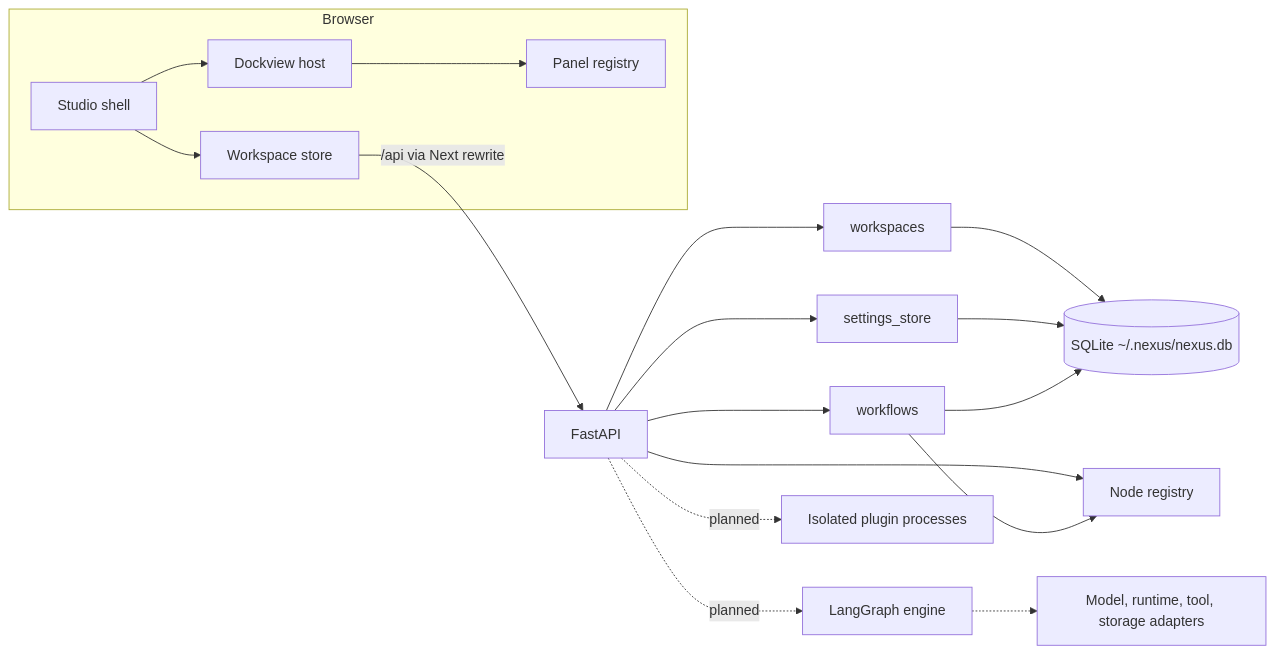
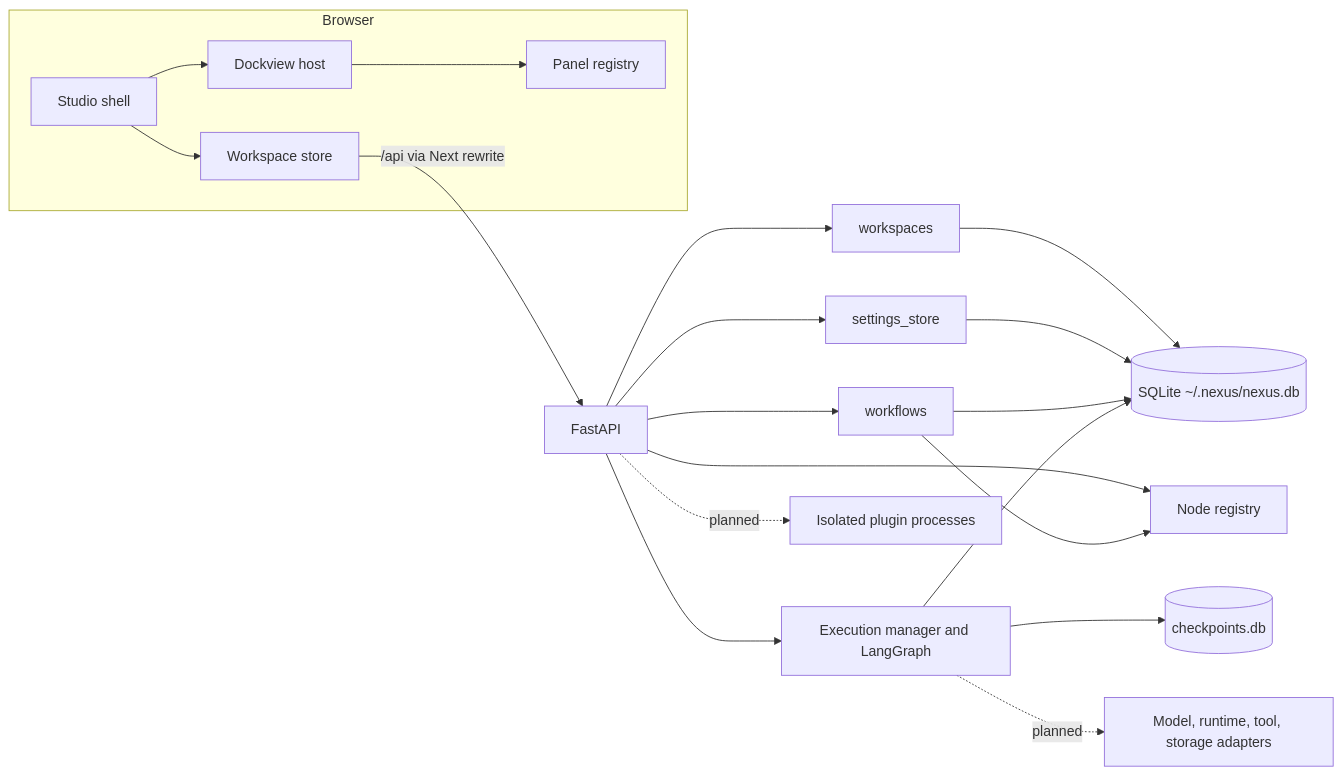
One commit to AntonFrDe/Nexus-Ai changed the diagram in docs/ARCHITECTURE.md. Above: the diagram before and after it, drawn with Mermaid. The commit also changed other lines of this file and 48 other files, not shown here.

First line of the commit message:
Build NEXUS Milestone 3: execution engine

````diff
--- a/docs/ARCHITECTURE.md
+++ b/docs/ARCHITECTURE.md
@@ -7,20 +7,22 @@
 ```mermaid
 flowchart LR
   subgraph Browser
     Shell[Studio shell] --> Dock[Dockview host]
     Dock --> Registry[Panel registry]
     Shell --> Store[Workspace store]
   end
   Store -->|/api via Next rewrite| API[FastAPI]
   API --> WS[workspaces]
   API --> ST[settings_store]
   API --> WF[workflows]
   API --> NR[Node registry]
   WF --> NR
   WS --> DB[(SQLite ~/.nexus/nexus.db)]
   ST --> DB
   WF --> DB
-  API -.planned.-> Engine[LangGraph engine]
-  Engine -.-> Adapters[Model, runtime, tool, storage adapters]
+  API --> Engine[Execution manager and LangGraph]
+  Engine --> CK[(checkpoints.db)]
+  Engine --> DB
+  Engine -.planned.-> Adapters[Model, runtime, tool, storage adapters]
   API -.planned.-> Plugins[Isolated plugin processes]
 ```
````
